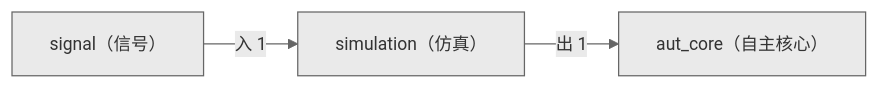
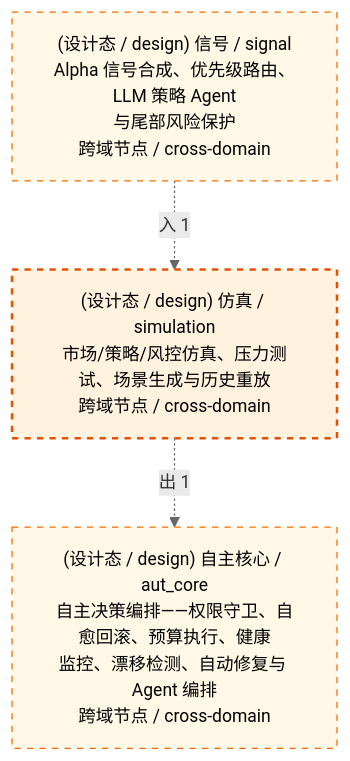
One commit to xuanFelixVan/ZephyrAlpha changed the third of 3 diagrams in docs/02_enterprise_architecture/06_decision_architecture/12_decision_l2a_simulation.md. Above: the diagram before and after it, drawn with Mermaid. The commit also changed other lines of this file and 23 other files, not shown here.

First line of the commit message:
feat(decisiongraph): 决策流图生成器模板 V1.2 全面升级——严格三视图+四要素标签+classDef四色+HTML联动

````diff
--- a/docs/02_enterprise_architecture/06_decision_architecture/12_decision_l2a_simulation.md
+++ b/docs/02_enterprise_architecture/06_decision_architecture/12_decision_l2a_simulation.md
@@ -138,9 +253,15 @@
 ```mermaid
-%%{init: {'theme': 'base', 'themeVariables': {'primaryColor': '#eaeaea', 'primaryTextColor': '#333333', 'primaryBorderColor': '#666666', 'lineColor': '#666666', 'secondaryColor': '#eaeaea', 'tertiaryColor': '#eaeaea', 'fontSize': '14px'}}}%%
-flowchart LR
-    SELF["simulation（仿真）"]
-    EXT_aut_core["aut_core（自主核心）"]
-    SELF -->|出 1| EXT_aut_core
-    EXT_signal["signal（信号）"]
-    EXT_signal -->|入 1| SELF
+%%{init: {'theme': 'base', 'themeVariables': {'primaryColor': '#eaeaea', 'primaryTextColor': '#333333', 'primaryBorderColor': '#666666', 'lineColor': '#666666', 'secondaryColor': '#eaeaea', 'tertiaryColor': '#eaeaea', 'clusterBkg': 'transparent', 'clusterBorder': 'transparent', 'fontSize': '14px'}}}%%
+flowchart TD
+    SELF["(设计态 / design) 仿真 / simulation<br/>市场/策略/风控仿真、压力测试、场景生成与历史重放<br/>跨域节点 / cross-domain"]
+    EXT_aut_core["(设计态 / design) 自主核心 / aut_core<br/>自主决策编排——权限守卫、自愈回滚、预算执行、健康<br/>监控、漂移检测、自动修复与 Agent 编排<br/>跨域节点 / cross-domain"]
+    SELF -.->|出 1| EXT_aut_core
+    EXT_signal["(设计态 / design) 信号 / signal<br/>Alpha 信号合成、优先级路由、LLM 策略 Agent<br/>与尾部风险保护<br/>跨域节点 / cross-domain"]
+    EXT_signal -.->|入 1| SELF
+    classDef production fill:#e1f5fe,stroke:#01579b,stroke-width:2px,color:#000
+    classDef design fill:#fff3e0,stroke:#e65100,stroke-width:2px,color:#000,stroke-dasharray: 5 5
+    classDef external_prod fill:#e8f4fd,stroke:#0277bd,stroke-width:1px,color:#000
+    classDef external_design fill:#fff8e7,stroke:#ef6c00,stroke-width:1px,color:#000,stroke-dasharray: 5 5
+    class SELF design
+    class EXT_aut_core,EXT_signal external_design
 ```
````
